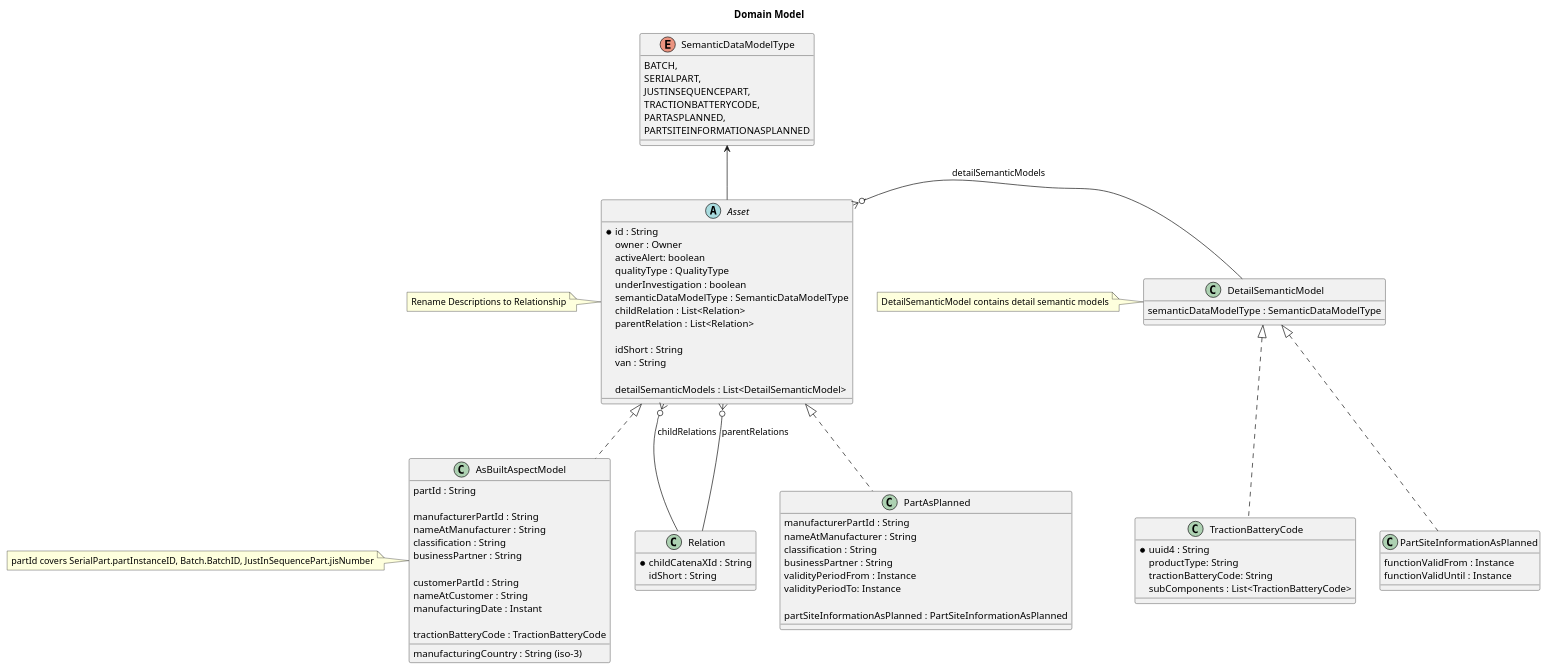
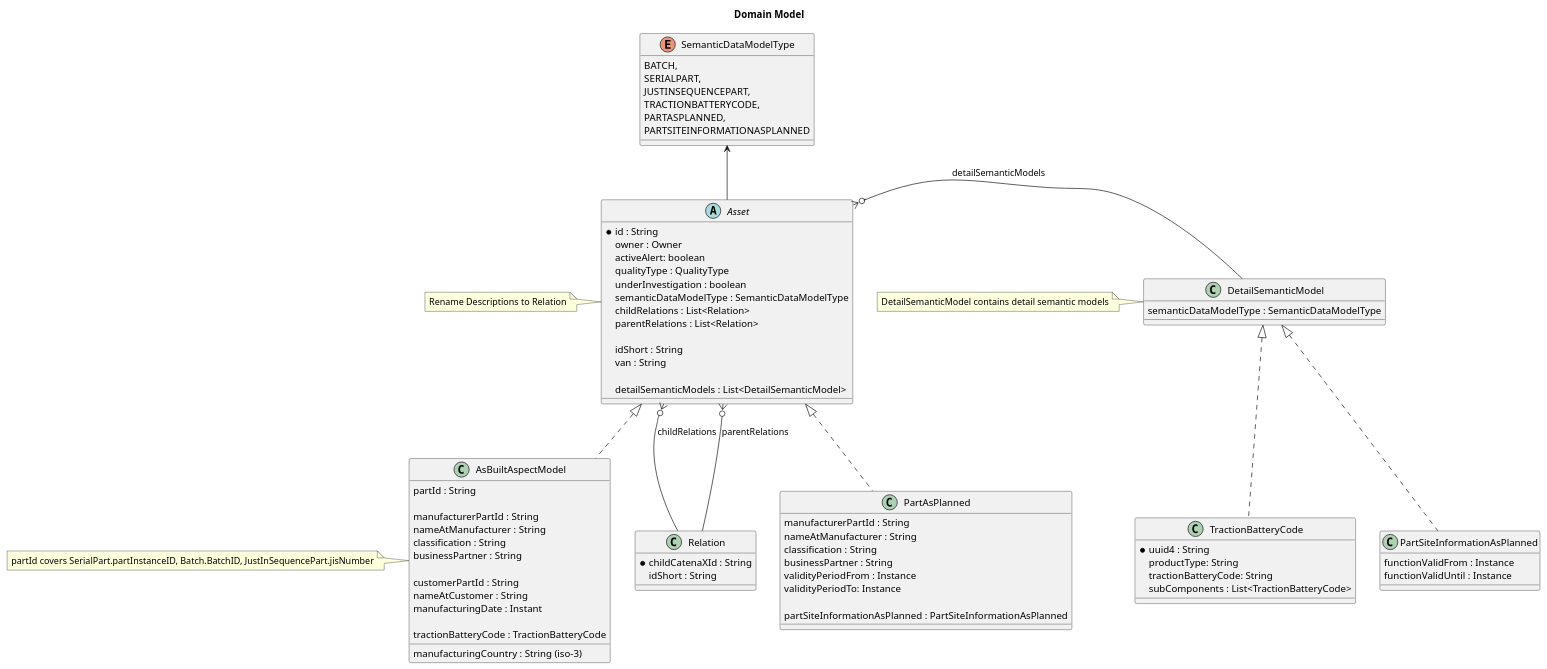
One commit to eclipse-tractusx/traceability-foss changed the diagram in docs/src/uml-diagrams/concept/TRACEFOSS-1423/domain-model.puml. Above: the diagram before and after it, drawn with PlantUML.

Commit message:
fix(diagram):[TRACEFOSS-1423] fix Relationship to Relation

```diff
--- a/docs/src/uml-diagrams/concept/TRACEFOSS-1423/domain-model.puml
+++ b/docs/src/uml-diagrams/concept/TRACEFOSS-1423/domain-model.puml
@@ -1,112 +1,112 @@
 @startuml
 
 title: Domain Model
 
 
 abstract Asset {
         *   id : String
         owner : Owner
         activeAlert: boolean
         qualityType : QualityType
         underInvestigation : boolean
         semanticDataModelType : SemanticDataModelType
-        childRelation : List<Relation>
-        parentRelation : List<Relation>
+        childRelations : List<Relation>
+        parentRelations : List<Relation>
 
         idShort : String
         van : String
 
         detailSemanticModels : List<DetailSemanticModel>
 }
 
 note left
-    Rename Descriptions to Relationship
+    Rename Descriptions to Relation
 end note
 
 
 class DetailSemanticModel {
     semanticDataModelType : SemanticDataModelType
 }
 note left
     DetailSemanticModel contains detail semantic models
 end note
 
 
 class Relation {
        *   childCatenaXId : String
        idShort : String
 }
 
 enum SemanticDataModelType {
     BATCH,
     SERIALPART,
     JUSTINSEQUENCEPART,
     TRACTIONBATTERYCODE,
     PARTASPLANNED,
     PARTSITEINFORMATIONASPLANNED
 }
 
 
 class AsBuiltAspectModel {
     partId : String /' BatchID ,  jisNumber , partInstanceID'/
 
     manufacturerPartId : String /' partTypeInformation.manufacturerPartId '/
     nameAtManufacturer : String /' partTypeInformation.nameAtManufacturer '/
     classification : String /' partTypeInformation.classification '/
     businessPartner : String /' BusinessPartner '/
 
     customerPartId : String
     nameAtCustomer : String
     manufacturingCountry : String (iso-3)
     manufacturingDate : Instant
 
     tractionBatteryCode : TractionBatteryCode
 
 }
 
 note left
     partId covers SerialPart.partInstanceID, Batch.BatchID, JustInSequencePart.jisNumber
 end note
 
 class TractionBatteryCode {
     * uuid4 : String /' UUID ID '/
     productType: String
     tractionBatteryCode: String
     subComponents : List<TractionBatteryCode>
 }
 
 class PartAsPlanned {
     manufacturerPartId : String /' partTypeInformation.manufacturerPartId '/
     nameAtManufacturer : String /' partTypeInformation.nameAtManufacturer '/
     classification : String /' partTypeInformation.classification '/
     businessPartner : String /' BusinessPartner '/
 /'
     1.0.0
 '/
     validityPeriodFrom : Instance
     validityPeriodTo: Instance
 
     partSiteInformationAsPlanned : PartSiteInformationAsPlanned
 }
 
 class PartSiteInformationAsPlanned {
 /'
     1.0.0
     Currently this is not ready for implementing - there is no specification right now.
 '/
     functionValidFrom : Instance
     functionValidUntil : Instance
 
 }
 
 
 SemanticDataModelType <-- Asset
 Asset <|.. AsBuiltAspectModel
 Asset <|.. PartAsPlanned
 
 Asset }o-- Relation : childRelations
 Asset }o--  Relation : parentRelations
 Asset }o- DetailSemanticModel : detailSemanticModels
 DetailSemanticModel  <|.. TractionBatteryCode
 DetailSemanticModel  <|..  PartSiteInformationAsPlanned
 @enduml
```
